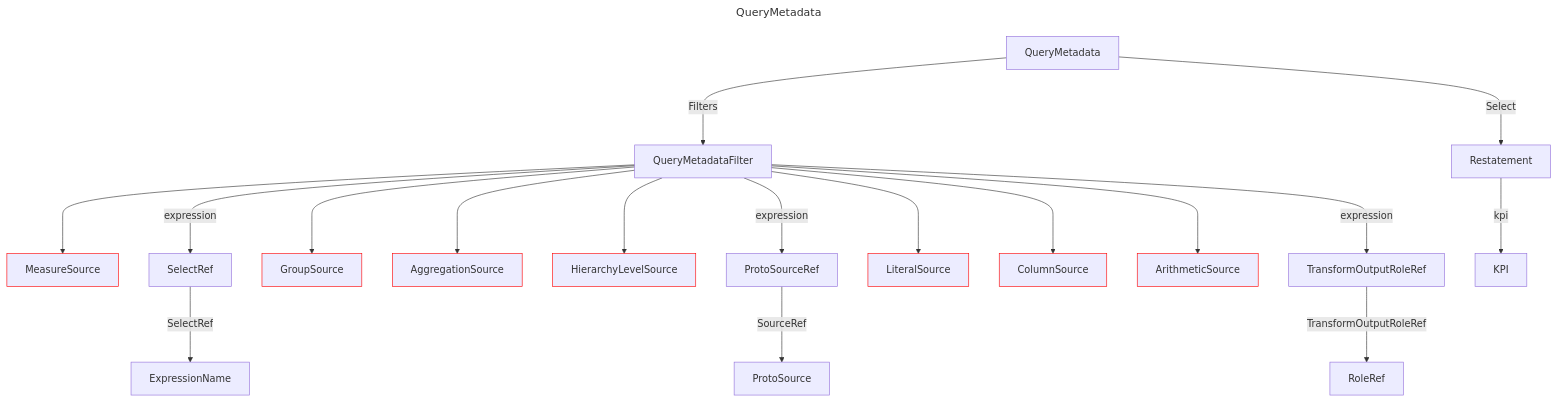
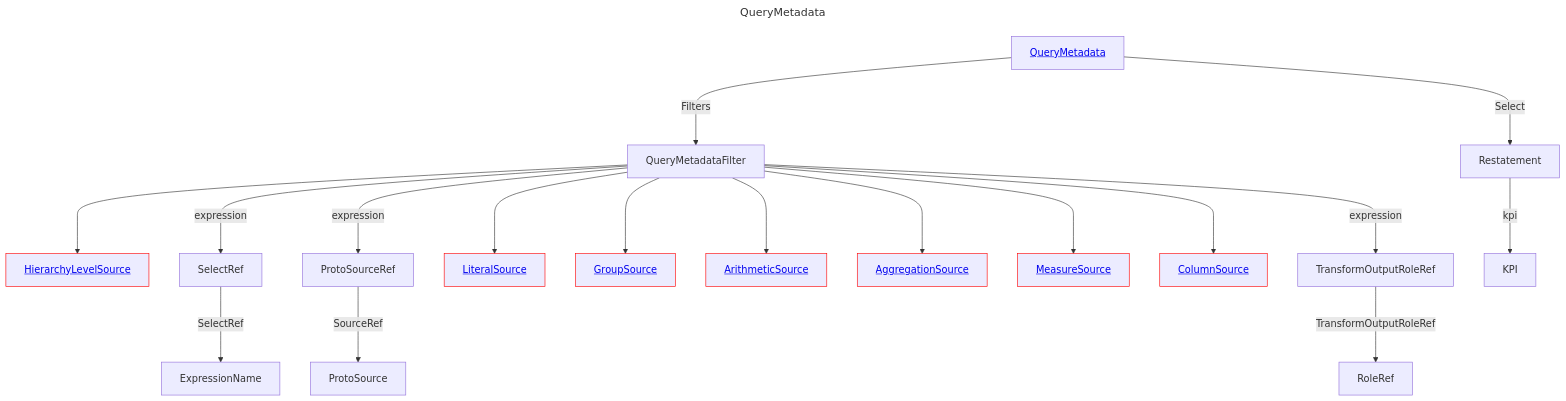
Before and after one commit to douglassimonsen/pbi_core: the diagram in docs/docs/layout/erd/QueryMetadata.md, drawn with Mermaid. The commit also changed 76 other files, not shown here.

````diff
--- a/docs/docs/layout/erd/QueryMetadata.md
+++ b/docs/docs/layout/erd/QueryMetadata.md
@@ -1,46 +1,46 @@
 ```mermaid
 ---
 title: QueryMetadata
 ---
 graph 
-2430071820688["RoleRef"]
-2430664265248["QueryMetadata"]
-2430071816784["LiteralSource"]
-style 2430071816784 stroke:#ff0000,stroke-width:1px
-2430071814832["TransformOutputRoleRef"]
-2430664234016["Restatement"]
-2430071366800["ExpressionName"]
-2430071358016["AggregationSource"]
-style 2430071358016 stroke:#ff0000,stroke-width:1px
-2430664245728["KPI"]
-2430071359968["MeasureSource"]
-style 2430071359968 stroke:#ff0000,stroke-width:1px
-2430071825568["ProtoSourceRef"]
-2430071365824["ColumnSource"]
-style 2430071365824 stroke:#ff0000,stroke-width:1px
-2430071356064["SelectRef"]
-2430071808976["GroupSource"]
-style 2430071808976 stroke:#ff0000,stroke-width:1px
-2430071819712["ProtoSource"]
-2430664252560["QueryMetadataFilter"]
-2430071363872["HierarchyLevelSource"]
-style 2430071363872 stroke:#ff0000,stroke-width:1px
-2430071382416["ArithmeticSource"]
-style 2430071382416 stroke:#ff0000,stroke-width:1px
-2430071825568 --->|SourceRef| 2430071819712
-2430664265248 --->|Filters| 2430664252560
-2430664252560 ---> 2430071359968
-2430664252560 --->|expression| 2430071356064
-2430664234016 --->|kpi| 2430664245728
-2430664252560 ---> 2430071808976
-2430664252560 ---> 2430071358016
-2430664252560 ---> 2430071363872
-2430664252560 --->|expression| 2430071825568
-2430071356064 --->|SelectRef| 2430071366800
-2430071814832 --->|TransformOutputRoleRef| 2430071820688
-2430664252560 ---> 2430071816784
-2430664265248 --->|Select| 2430664234016
-2430664252560 ---> 2430071365824
-2430664252560 ---> 2430071382416
-2430664252560 --->|expression| 2430071814832
+AggregationSource[<a href='/layout/erd/AggregationSource'>AggregationSource</a>]
+style AggregationSource stroke:#ff0000,stroke-width:1px
+ArithmeticSource[<a href='/layout/erd/ArithmeticSource'>ArithmeticSource</a>]
+style ArithmeticSource stroke:#ff0000,stroke-width:1px
+ColumnSource[<a href='/layout/erd/ColumnSource'>ColumnSource</a>]
+style ColumnSource stroke:#ff0000,stroke-width:1px
+ExpressionName[ExpressionName]
+GroupSource[<a href='/layout/erd/GroupSource'>GroupSource</a>]
+style GroupSource stroke:#ff0000,stroke-width:1px
+HierarchyLevelSource[<a href='/layout/erd/HierarchyLevelSource'>HierarchyLevelSource</a>]
+style HierarchyLevelSource stroke:#ff0000,stroke-width:1px
+KPI[KPI]
+LiteralSource[<a href='/layout/erd/LiteralSource'>LiteralSource</a>]
+style LiteralSource stroke:#ff0000,stroke-width:1px
+MeasureSource[<a href='/layout/erd/MeasureSource'>MeasureSource</a>]
+style MeasureSource stroke:#ff0000,stroke-width:1px
+ProtoSource[ProtoSource]
+ProtoSourceRef[ProtoSourceRef]
+QueryMetadata[<a href='/layout/erd/QueryMetadata'>QueryMetadata</a>]
+QueryMetadataFilter[QueryMetadataFilter]
+Restatement[Restatement]
+RoleRef[RoleRef]
+SelectRef[SelectRef]
+TransformOutputRoleRef[TransformOutputRoleRef]
+QueryMetadataFilter ---> HierarchyLevelSource
+SelectRef --->|SelectRef| ExpressionName
+ProtoSourceRef --->|SourceRef| ProtoSource
+Restatement --->|kpi| KPI
+QueryMetadataFilter --->|expression| SelectRef
+QueryMetadataFilter --->|expression| ProtoSourceRef
+QueryMetadataFilter ---> LiteralSource
+QueryMetadata --->|Filters| QueryMetadataFilter
+QueryMetadata --->|Select| Restatement
+QueryMetadataFilter ---> GroupSource
+QueryMetadataFilter ---> ArithmeticSource
+QueryMetadataFilter ---> AggregationSource
+TransformOutputRoleRef --->|TransformOutputRoleRef| RoleRef
+QueryMetadataFilter ---> MeasureSource
+QueryMetadataFilter ---> ColumnSource
+QueryMetadataFilter --->|expression| TransformOutputRoleRef
 ```
````
